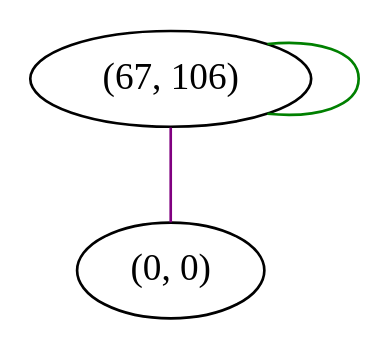
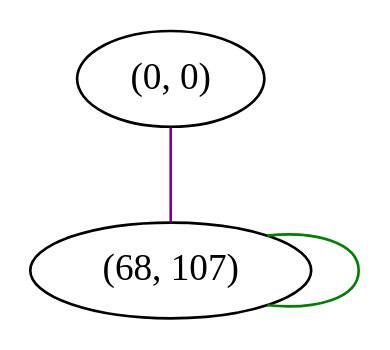
One commit to FelixMcFelix/sip-for-cv-paper changed the diagram in graphviz/dejavu-sans/O-up.gv. Above: the diagram before and after it, drawn with Graphviz. The commit also changed 555006 other files, not shown here.

```diff
--- a/graphviz/dejavu-sans/O-up.gv
+++ b/graphviz/dejavu-sans/O-up.gv
@@ -1,6 +1,6 @@
 graph "" {
-"(67, 106)";
 "(0, 0)";
-"(67, 106)" -- "(67, 106)"  [color=green, key=0, weight=2];
-"(67, 106)" -- "(0, 0)"  [color=purple, key=0, weight=4];
+"(68, 107)";
+"(0, 0)" -- "(68, 107)"  [color=purple, key=0, weight=4];
+"(68, 107)" -- "(68, 107)"  [color=green, key=0, weight=2];
 }
```
